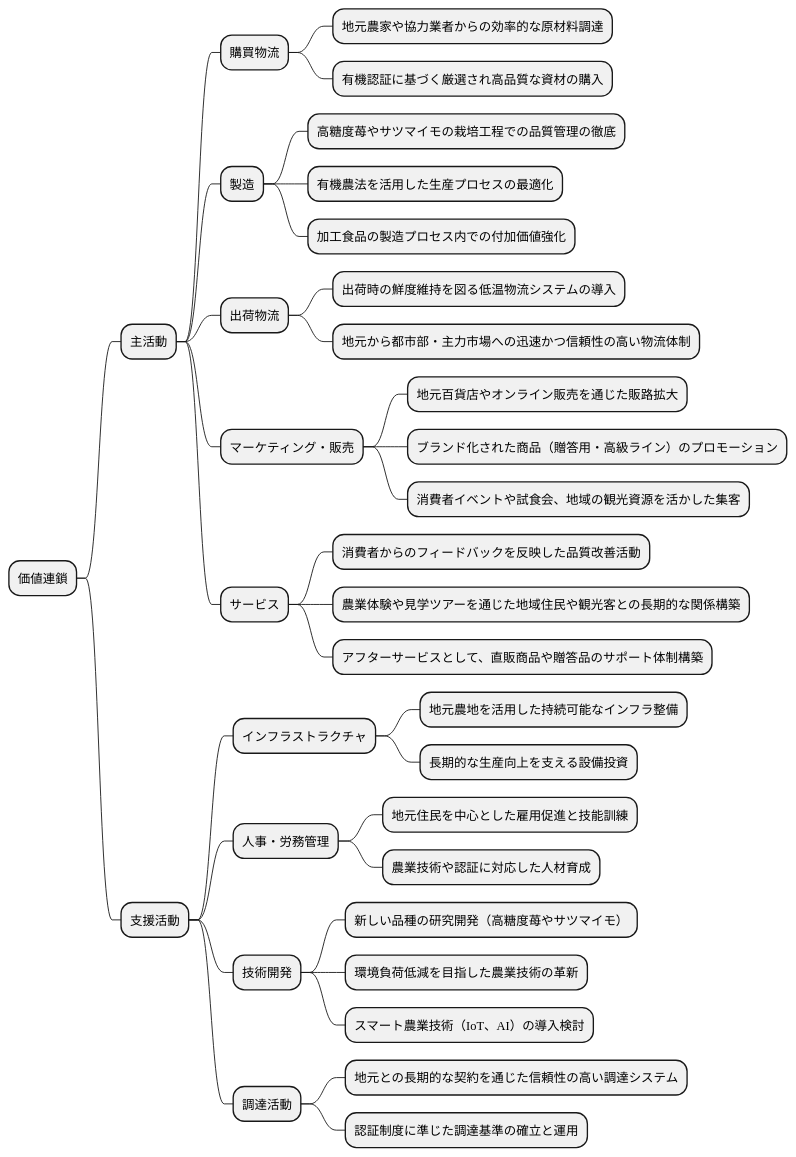
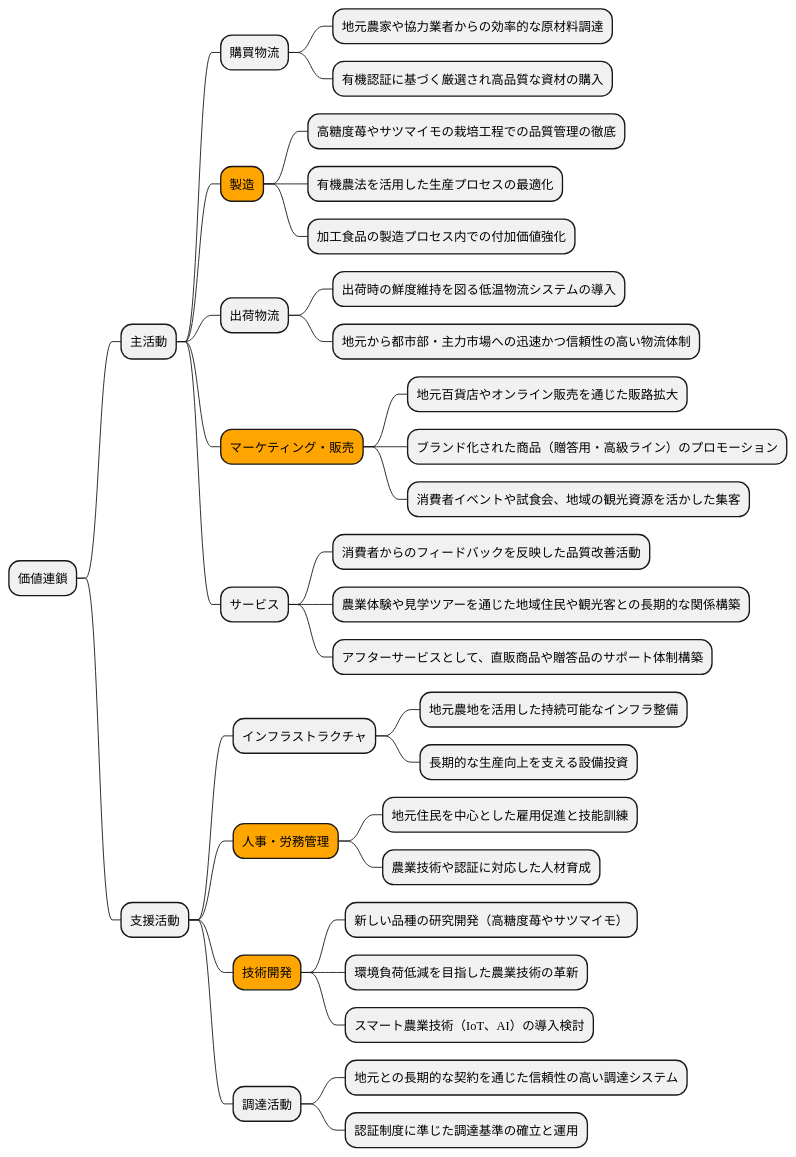
Before and after one commit to k2works/case-study-business-analysis: the tenth of 19 diagrams in docs/case/r04_case_1.adoc, drawn with PlantUML. The commit also changed other lines of this file, not shown here.

```diff
--- a/docs/case/r04_case_1.adoc
+++ b/docs/case/r04_case_1.adoc
@@ -416,41 +485,41 @@
 [plantuml]
 ----
 @startmindmap
 
 * 価値連鎖
 ** 主活動
 *** 購買物流
 **** 地元農家や協力業者からの効率的な原材料調達
 **** 有機認証に基づく厳選され高品質な資材の購入
-*** 製造
+***[#orange] 製造
 **** 高糖度苺やサツマイモの栽培工程での品質管理の徹底
 **** 有機農法を活用した生産プロセスの最適化
 **** 加工食品の製造プロセス内での付加価値強化
 *** 出荷物流
 **** 出荷時の鮮度維持を図る低温物流システムの導入
 **** 地元から都市部・主力市場への迅速かつ信頼性の高い物流体制
-*** マーケティング・販売
+***[#orange] マーケティング・販売
 **** 地元百貨店やオンライン販売を通じた販路拡大
 **** ブランド化された商品（贈答用・高級ライン）のプロモーション
 **** 消費者イベントや試食会、地域の観光資源を活かした集客
 *** サービス
 **** 消費者からのフィードバックを反映した品質改善活動
 **** 農業体験や見学ツアーを通じた地域住民や観光客との長期的な関係構築
 **** アフターサービスとして、直販商品や贈答品のサポート体制構築
 ** 支援活動
 *** インフラストラクチャ
 **** 地元農地を活用した持続可能なインフラ整備
 **** 長期的な生産向上を支える設備投資
-*** 人事・労務管理
+***[#orange] 人事・労務管理
 **** 地元住民を中心とした雇用促進と技能訓練
 **** 農業技術や認証に対応した人材育成
-*** 技術開発
+***[#orange] 技術開発
 **** 新しい品種の研究開発（高糖度苺やサツマイモ）
 **** 環境負荷低減を目指した農業技術の革新
 **** スマート農業技術（IoT、AI）の導入検討
 *** 調達活動
 **** 地元との長期的な契約を通じた信頼性の高い調達システム
 **** 認証制度に準じた調達基準の確立と運用
 
 @endmindmap
 ----
```
